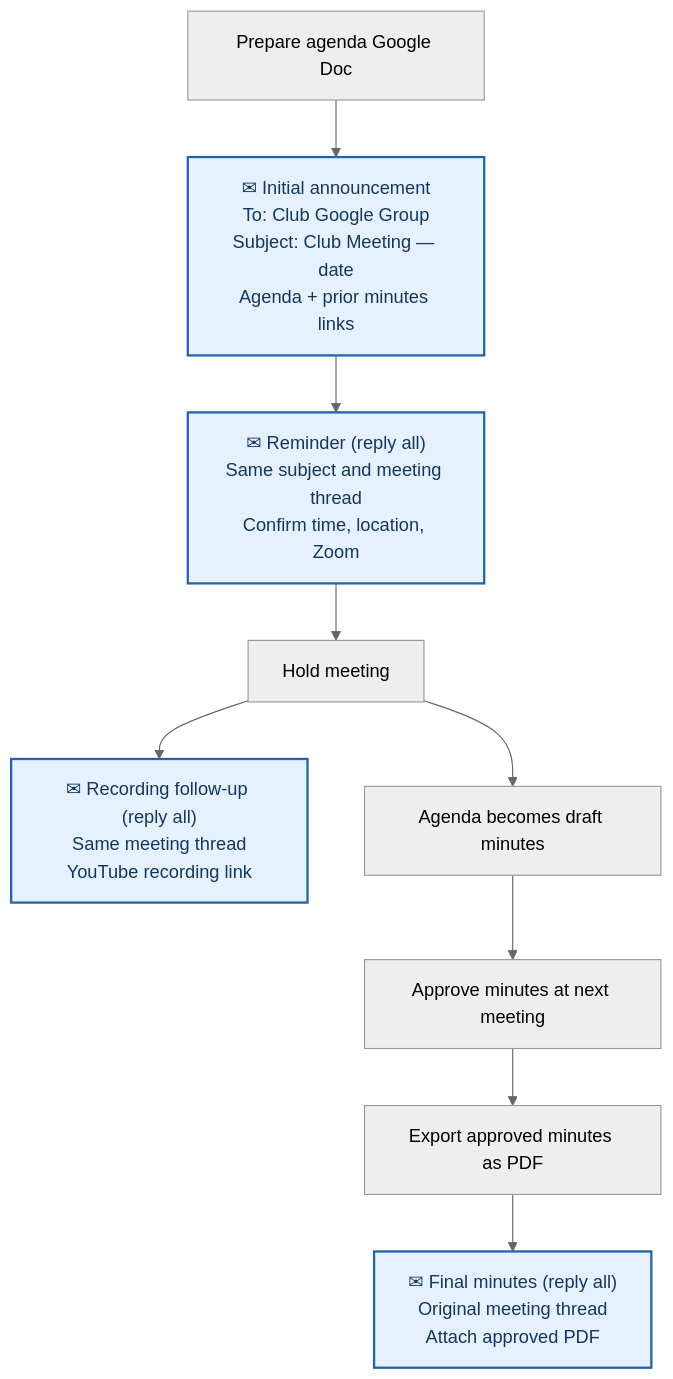
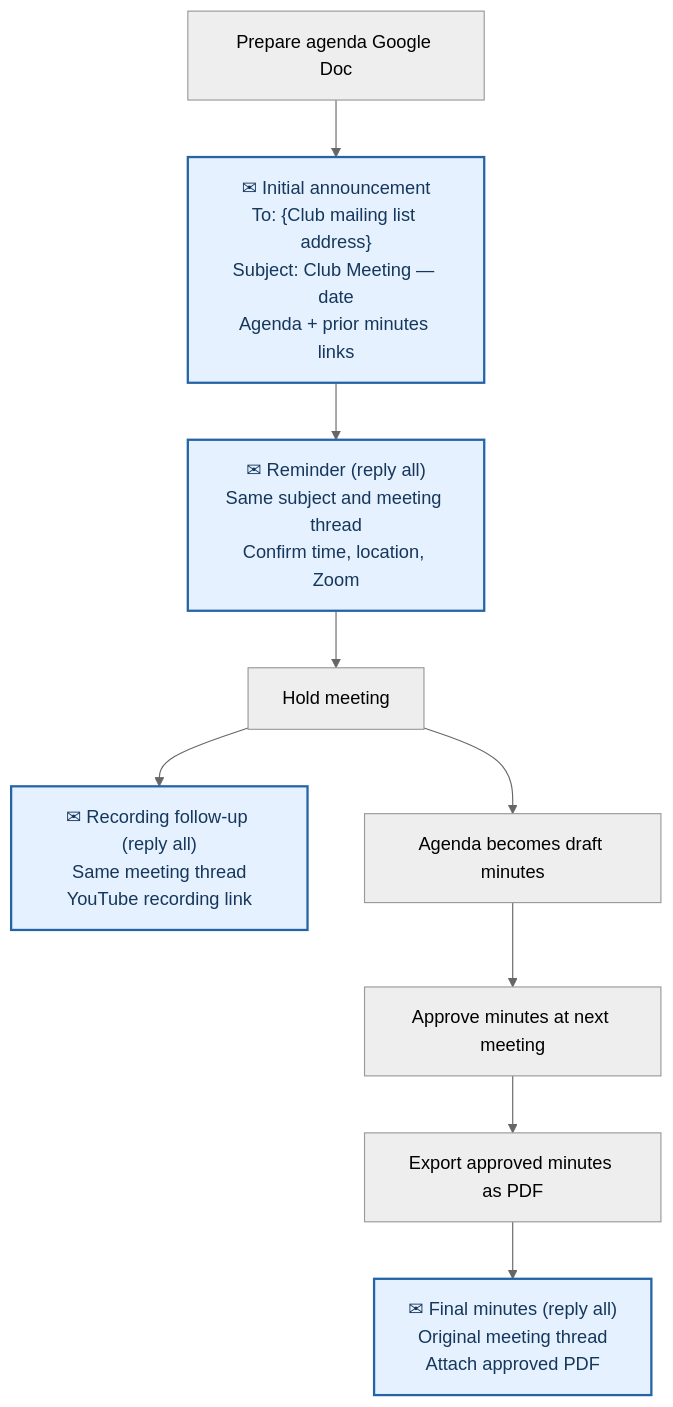
Before and after one commit to SFFilAmLions/club-handbook: the first of 2 diagrams in docs/secretary/meeting-lifecycle.md, drawn with Mermaid (neutral theme). The commit also changed other lines of this file, not shown here.

Commit message:
docs: use mailing list address placeholder

````diff
--- a/docs/secretary/meeting-lifecycle.md
+++ b/docs/secretary/meeting-lifecycle.md
@@ -7,13 +7,13 @@
 ```mermaid
 flowchart TD
-    A["Prepare agenda Google Doc"] --> B["✉ Initial announcement<br/>To: Club Google Group<br/>Subject: Club Meeting — date<br/>Agenda + prior minutes links"]
+    A["Prepare agenda Google Doc"] --> B["✉ Initial announcement<br/>To: {Club mailing list address}<br/>Subject: Club Meeting — date<br/>Agenda + prior minutes links"]
     B --> C["✉ Reminder (reply all)<br/>Same subject and meeting thread<br/>Confirm time, location, Zoom"]
     C --> D["Hold meeting"]
     D --> E["✉ Recording follow-up (reply all)<br/>Same meeting thread<br/>YouTube recording link"]
     D --> F["Agenda becomes draft minutes"]
     F --> G["Approve minutes at next meeting"]
     G --> H["Export approved minutes as PDF"]
     H --> I["✉ Final minutes (reply all)<br/>Original meeting thread<br/>Attach approved PDF"]
     classDef email fill:#e6f1ff,stroke:#2463a6,stroke-width:2px,color:#15375b
     class B,C,E,I email
 ```
````
